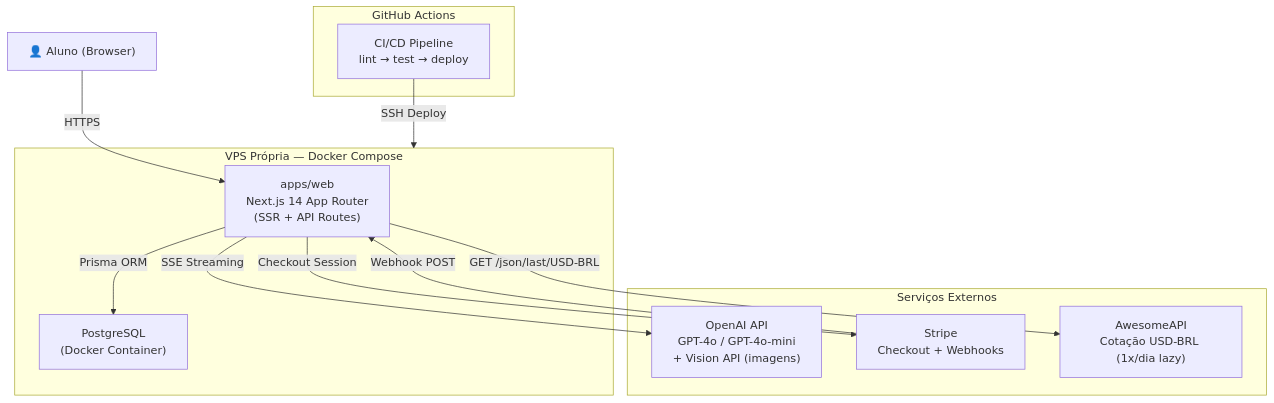
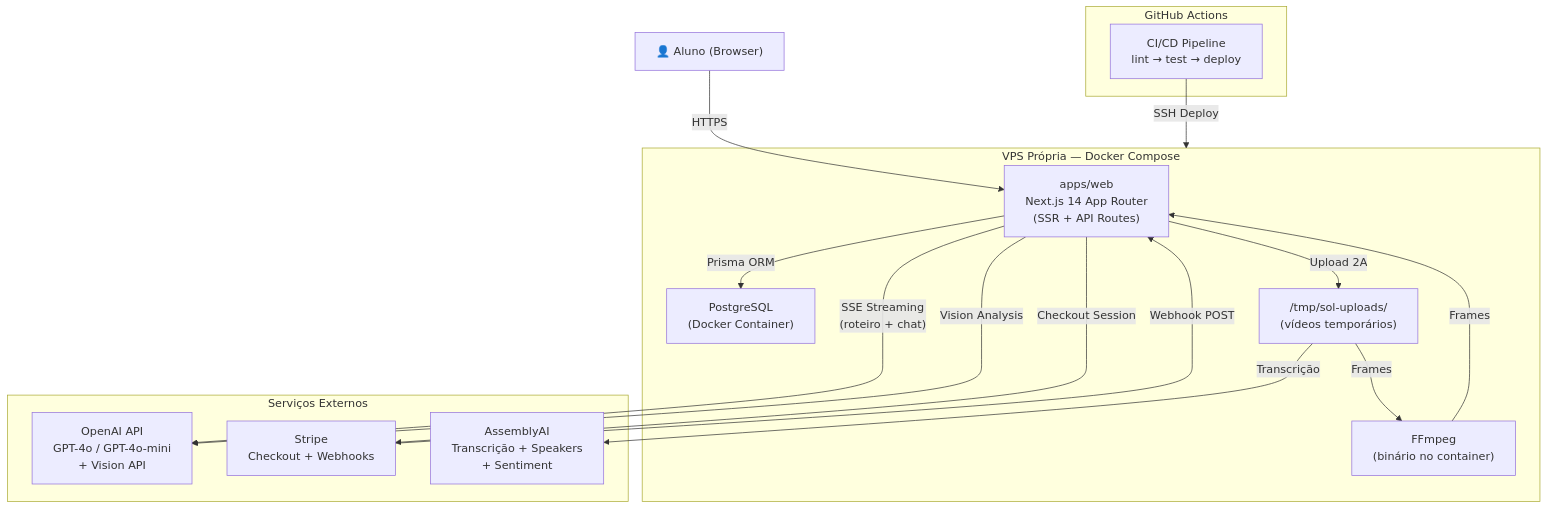
Before and after one commit to grupoeden1/sol-saas: the first of 3 diagrams in docs/architecture.md, drawn with Mermaid. The commit also changed other lines of this file and 94 other files, not shown here.

````diff
--- a/docs/architecture.md
+++ b/docs/architecture.md
@@ -48,27 +50,33 @@
 ```mermaid
 graph TB
     User["👤 Aluno (Browser)"]
 
     subgraph VPS["VPS Própria — Docker Compose"]
         Web["apps/web\nNext.js 14 App Router\n(SSR + API Routes)"]
         DB["PostgreSQL\n(Docker Container)"]
+        FFmpeg["FFmpeg\n(binário no container)"]
+        TempDir["/tmp/sol-uploads/\n(vídeos temporários)"]
     end
 
     subgraph External["Serviços Externos"]
-        OpenAI["OpenAI API\nGPT-4o / GPT-4o-mini\n+ Vision API (imagens)"]
+        OpenAI["OpenAI API\nGPT-4o / GPT-4o-mini\n+ Vision API"]
         Stripe["Stripe\nCheckout + Webhooks"]
-        AwesomeAPI["AwesomeAPI\nCotação USD-BRL (1x/dia lazy)"]
+        AssemblyAI["AssemblyAI\nTranscrição + Speakers\n+ Sentiment"]
     end
 
     subgraph CI["GitHub Actions"]
         Pipeline["CI/CD Pipeline\nlint → test → deploy"]
     end
 
     User -->|"HTTPS"| Web
     Web -->|"Prisma ORM"| DB
-    Web -->|"SSE Streaming"| OpenAI
+    Web -->|"SSE Streaming\n(roteiro + chat)"| OpenAI
     Web -->|"Checkout Session"| Stripe
     Stripe -->|"Webhook POST"| Web
-    Web -->|"GET /json/last/USD-BRL"| AwesomeAPI
+    Web -->|"Upload 2A"| TempDir
+    TempDir -->|"Transcrição"| AssemblyAI
+    TempDir -->|"Frames"| FFmpeg
+    FFmpeg -->|"Frames"| Web
+    Web -->|"Vision Analysis"| OpenAI
     Pipeline -->|"SSH Deploy"| VPS
 ```
````
